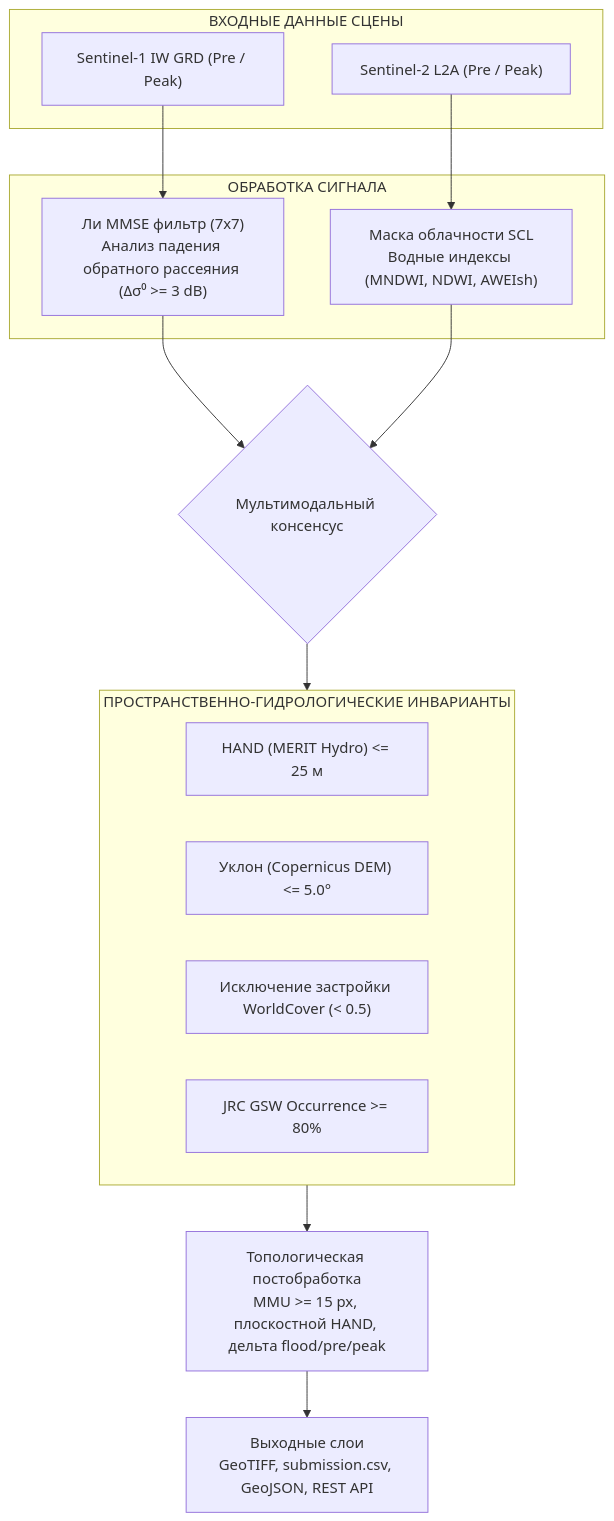
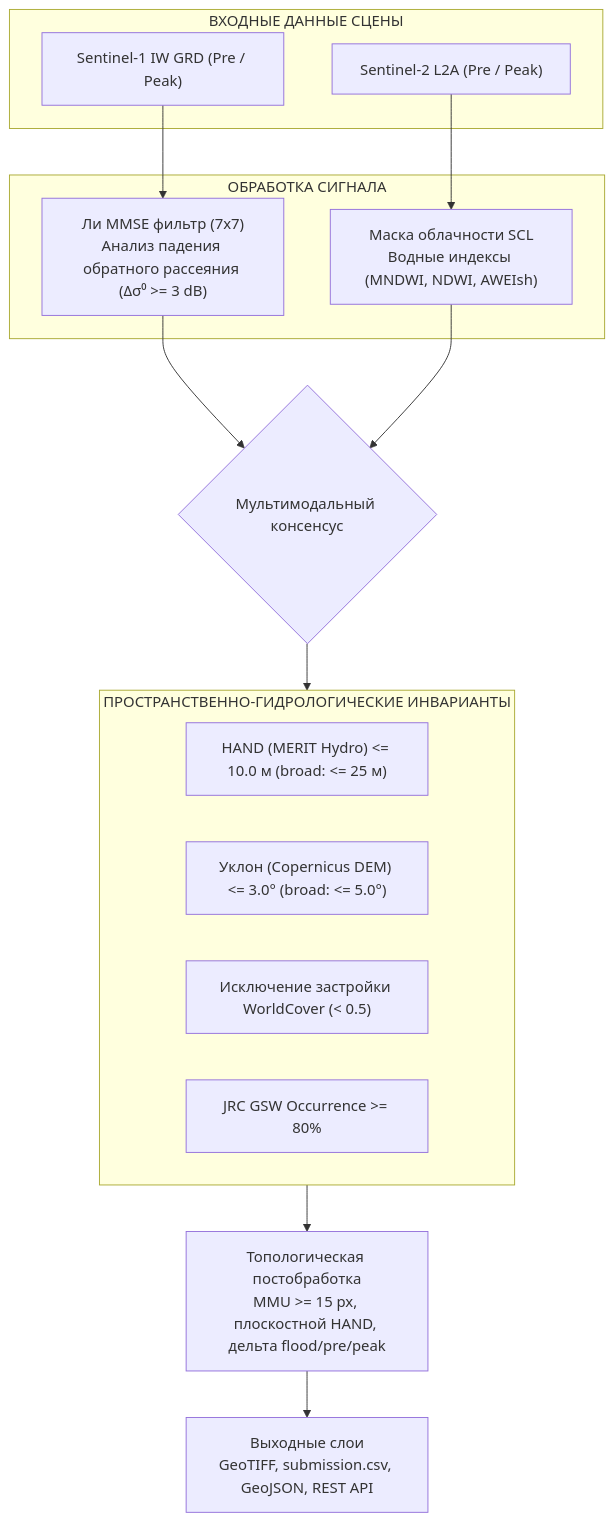
Before and after one commit to p4ulbr4dl3y/cosmohack-hydro-2026: the third of 4 diagrams in REPORT.md, drawn with Mermaid. The commit also changed other lines of this file and 2 other files, not shown here.

````diff
--- a/REPORT.md
+++ b/REPORT.md
@@ -264,26 +264,26 @@
 ```mermaid
 flowchart TD
     subgraph IN["ВХОДНЫЕ ДАННЫЕ СЦЕНЫ"]
         S1["Sentinel-1 IW GRD (Pre / Peak)"]
         S2["Sentinel-2 L2A (Pre / Peak)"]
     end
 
     subgraph PROC["ОБРАБОТКА СИГНАЛА"]
         S1 --> P1["Ли MMSE фильтр (7x7)<br/>Анализ падения обратного рассеяния (Δσ⁰ >= 3 dB)"]
         S2 --> P2["Маска облачности SCL<br/>Водные индексы (MNDWI, NDWI, AWEIsh)"]
     end
 
     P1 --> FUS{"Мультимодальный консенсус"}
     P2 --> FUS
 
     subgraph HYDRO["ПРОСТРАНСТВЕННО-ГИДРОЛОГИЧЕСКИЕ ИНВАРИАНТЫ"]
-        H1["HAND (MERIT Hydro) <= 25 м"]
-        H2["Уклон (Copernicus DEM) <= 5.0°"]
+        H1["HAND (MERIT Hydro) <= 10.0 м (broad: <= 25 м)"]
+        H2["Уклон (Copernicus DEM) <= 3.0° (broad: <= 5.0°)"]
         H3["Исключение застройки WorldCover (< 0.5)"]
         H4["JRC GSW Occurrence >= 80%"]
     end
 
     FUS --> HYDRO
     HYDRO --> POST["Топологическая постобработка<br/>MMU >= 15 px, плоскостной HAND, дельта flood/pre/peak"]
     POST --> OUT["Выходные слои<br/>GeoTIFF, submission.csv, GeoJSON, REST API"]
 ```
````
